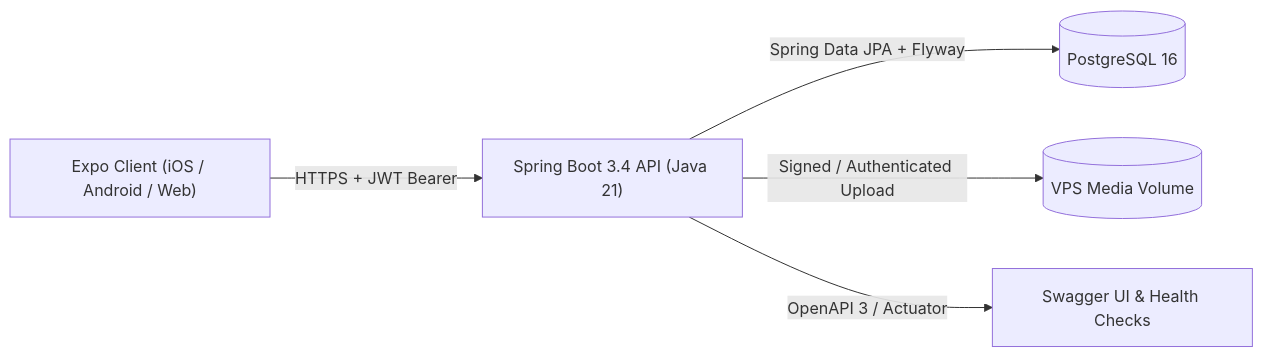
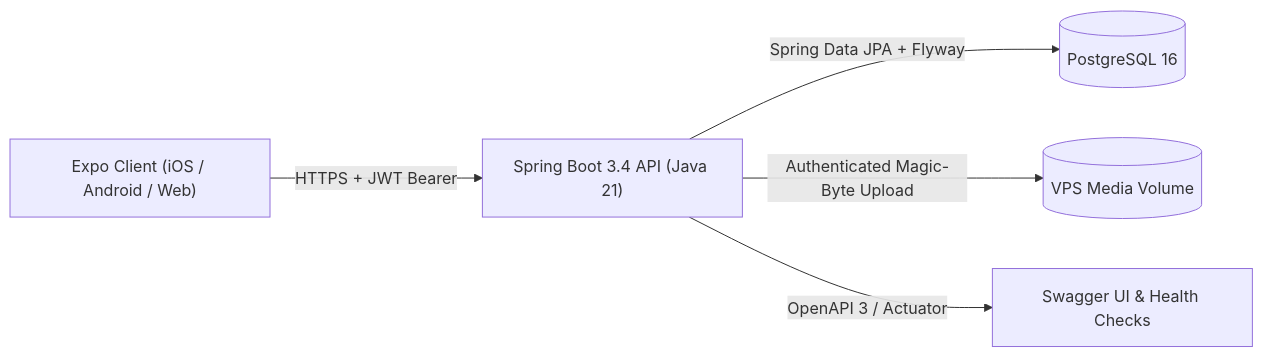
Before and after one commit to leosaponisouza/rep-helper: the diagram in README.md, drawn with Mermaid. The commit also changed other lines of this file and 11 other files, not shown here.

Commit message:
docs: rewrite architecture, data model, API spec, and product docs for Alpendre

````diff
--- a/README.md
+++ b/README.md
@@ -21,7 +20,7 @@
 ```mermaid
 flowchart LR
     Client["Expo Client (iOS / Android / Web)"] -->|HTTPS + JWT Bearer| API["Spring Boot 3.4 API (Java 21)"]
     API -->|Spring Data JPA + Flyway| DB[("PostgreSQL 16")]
-    API -->|Signed / Authenticated Upload| Media[("VPS Media Volume")]
+    API -->|Authenticated Magic-Byte Upload| Media[("VPS Media Volume")]
     API -->|OpenAPI 3 / Actuator| Obs["Swagger UI & Health Checks"]
 ```
````
